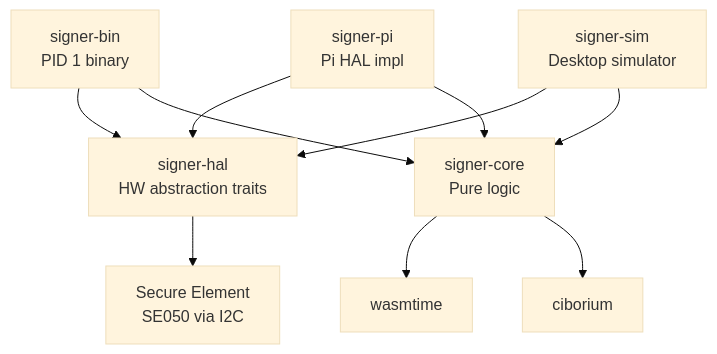
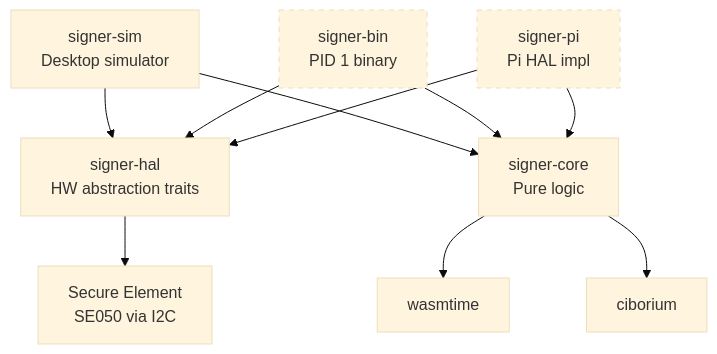
Before and after one commit to paolino/air-gap-signer: the first of 2 diagrams in docs/architecture/overview.md, drawn with Mermaid (base theme). The commit also changed other lines of this file and 7 other files, not shown here.

````diff
--- a/docs/architecture/overview.md
+++ b/docs/architecture/overview.md
@@ -5,12 +5,15 @@
 ```mermaid
 graph TD
-    BIN[signer-bin<br/>PID 1 binary] --> HAL[signer-hal<br/>HW abstraction traits]
-    BIN --> CORE[signer-core<br/>Pure logic]
-    PI[signer-pi<br/>Pi HAL impl] --> HAL
-    SIM[signer-sim<br/>Desktop simulator] --> HAL
-    SIM --> CORE
-    PI --> CORE
+    SIM[signer-sim<br/>Desktop simulator] --> HAL[signer-hal<br/>HW abstraction traits]
+    SIM --> CORE[signer-core<br/>Pure logic]
     CORE --> WT[wasmtime]
     CORE --> CIB[ciborium]
     HAL --> SE[Secure Element<br/>SE050 via I2C]
+
+    BIN[signer-bin<br/>PID 1 binary]:::future --> HAL
+    BIN --> CORE
+    PI[signer-pi<br/>Pi HAL impl]:::future --> HAL
+    PI --> CORE
+
+    classDef future stroke-dasharray: 5 5
 ```
````
